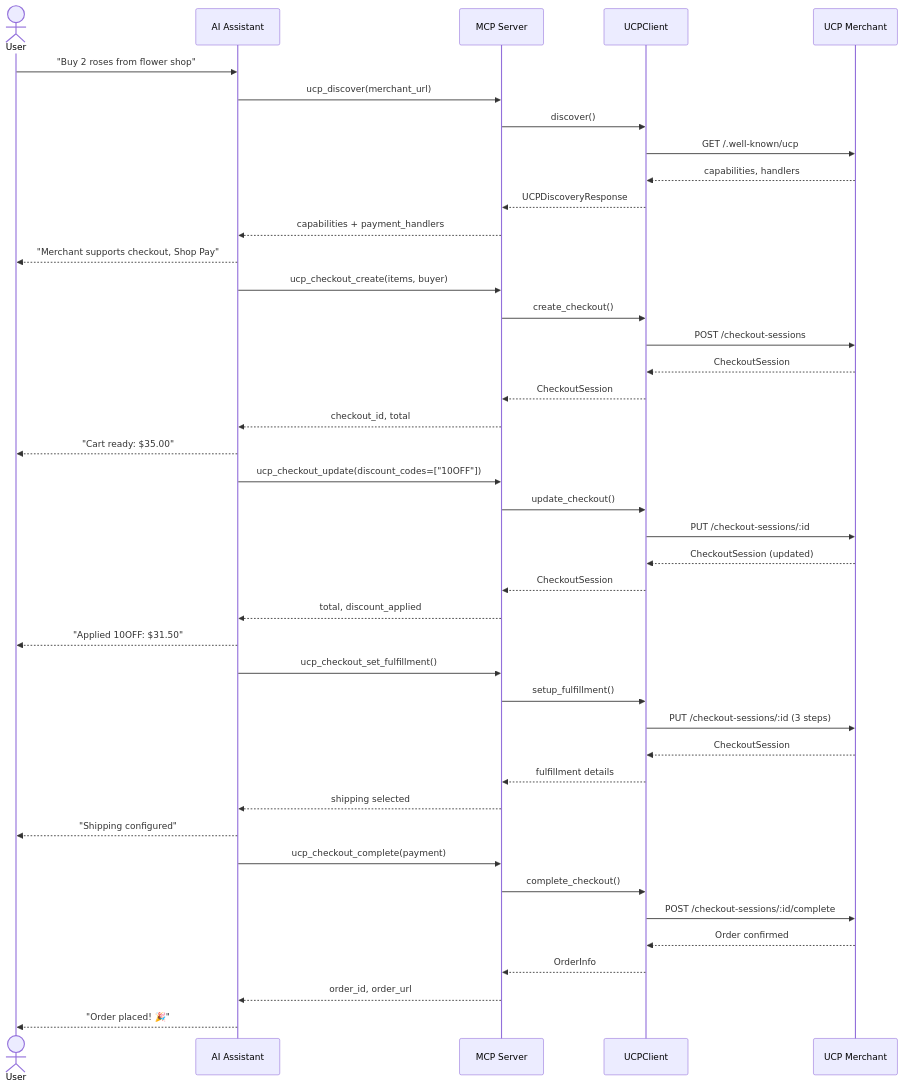
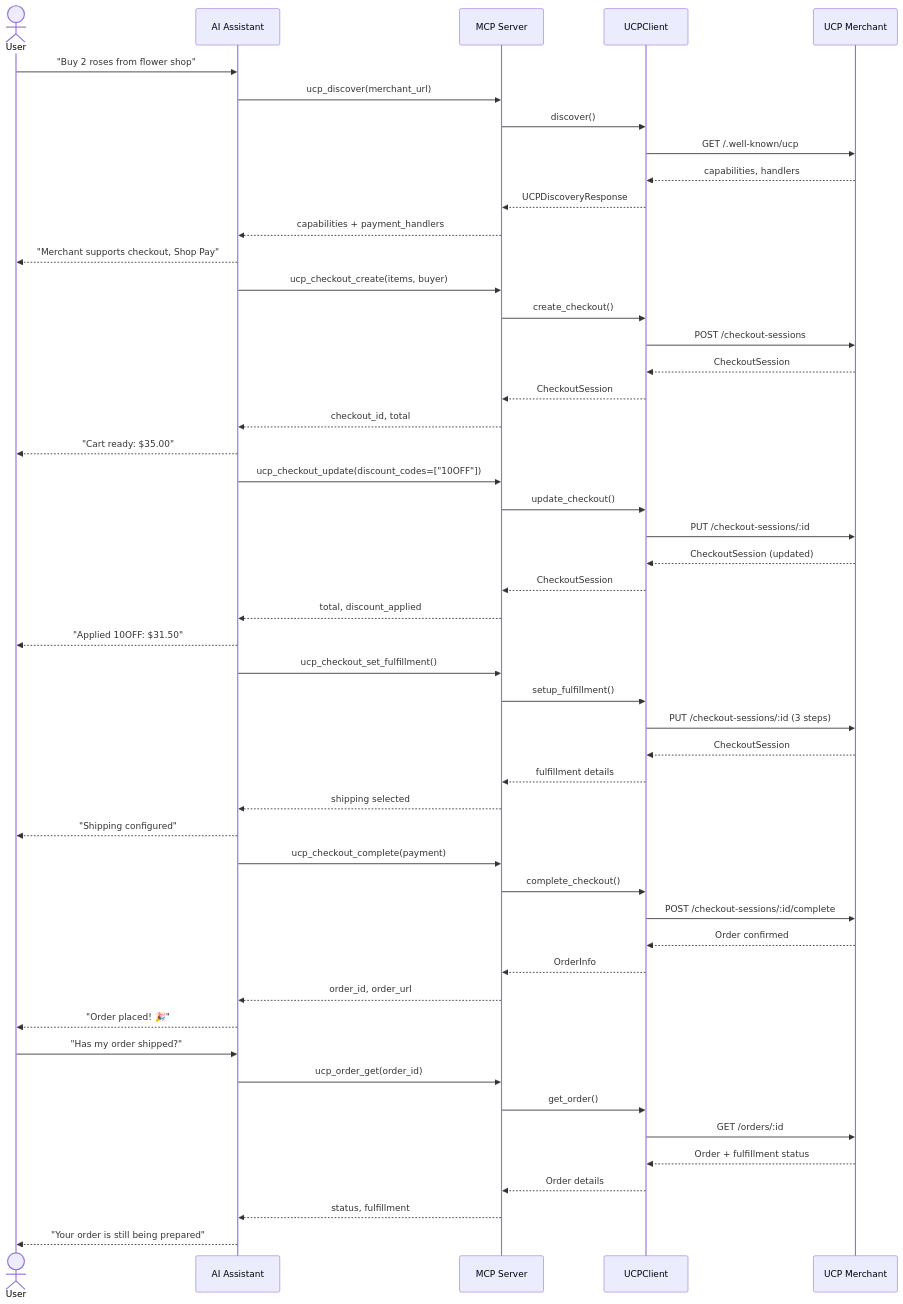
Before and after one commit to aratan/ucp-mcp-server: the third of 3 diagrams in README.md, drawn with Mermaid. The commit also changed other lines of this file and 11 other files, not shown here.

````diff
--- a/README.md
+++ b/README.md
@@ -399,50 +434,59 @@
 ```mermaid
 sequenceDiagram
     actor User
     participant AI as AI Assistant
     participant MCP as MCP Server
     participant Client as UCPClient
     participant Merchant as UCP Merchant
 
     User->>AI: "Buy 2 roses from flower shop"
     
     AI->>MCP: ucp_discover(merchant_url)
     MCP->>Client: discover()
     Client->>Merchant: GET /.well-known/ucp
     Merchant-->>Client: capabilities, handlers
     Client-->>MCP: UCPDiscoveryResponse
     MCP-->>AI: capabilities + payment_handlers
     AI-->>User: "Merchant supports checkout, Shop Pay"
 
     AI->>MCP: ucp_checkout_create(items, buyer)
     MCP->>Client: create_checkout()
     Client->>Merchant: POST /checkout-sessions
     Merchant-->>Client: CheckoutSession
     Client-->>MCP: CheckoutSession
     MCP-->>AI: checkout_id, total
     AI-->>User: "Cart ready: $35.00"
 
     AI->>MCP: ucp_checkout_update(discount_codes=["10OFF"])
     MCP->>Client: update_checkout()
     Client->>Merchant: PUT /checkout-sessions/:id
     Merchant-->>Client: CheckoutSession (updated)
     Client-->>MCP: CheckoutSession
     MCP-->>AI: total, discount_applied
     AI-->>User: "Applied 10OFF: $31.50"
 
     AI->>MCP: ucp_checkout_set_fulfillment()
     MCP->>Client: setup_fulfillment()
     Client->>Merchant: PUT /checkout-sessions/:id (3 steps)
     Merchant-->>Client: CheckoutSession
     Client-->>MCP: fulfillment details
     MCP-->>AI: shipping selected
     AI-->>User: "Shipping configured"
 
     AI->>MCP: ucp_checkout_complete(payment)
     MCP->>Client: complete_checkout()
     Client->>Merchant: POST /checkout-sessions/:id/complete
     Merchant-->>Client: Order confirmed
     Client-->>MCP: OrderInfo
     MCP-->>AI: order_id, order_url
     AI-->>User: "Order placed! 🎉"
+
+    User->>AI: "Has my order shipped?"
+    AI->>MCP: ucp_order_get(order_id)
+    MCP->>Client: get_order()
+    Client->>Merchant: GET /orders/:id
+    Merchant-->>Client: Order + fulfillment status
+    Client-->>MCP: Order details
+    MCP-->>AI: status, fulfillment
+    AI-->>User: "Your order is still being prepared"
 ```
````
